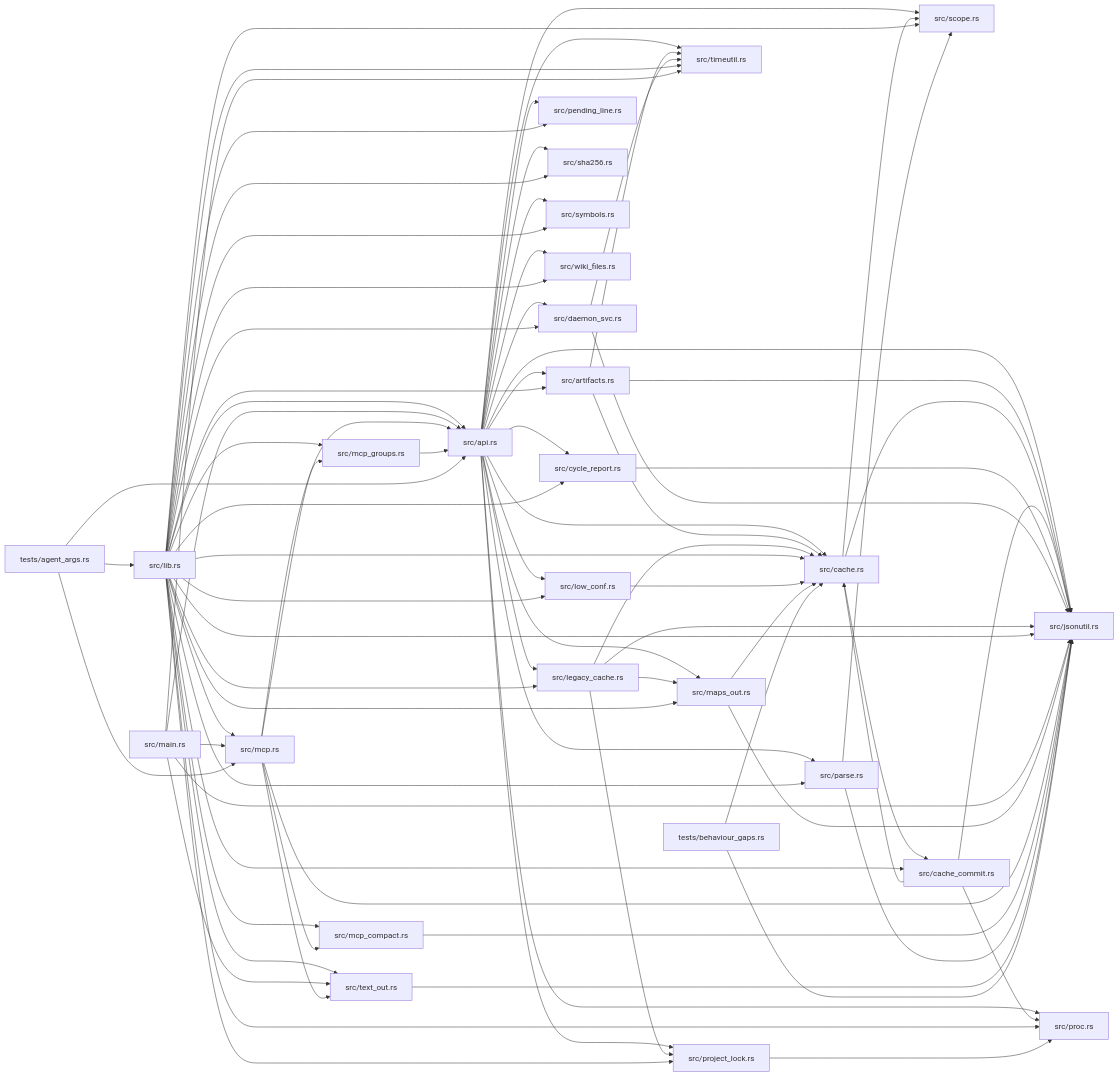
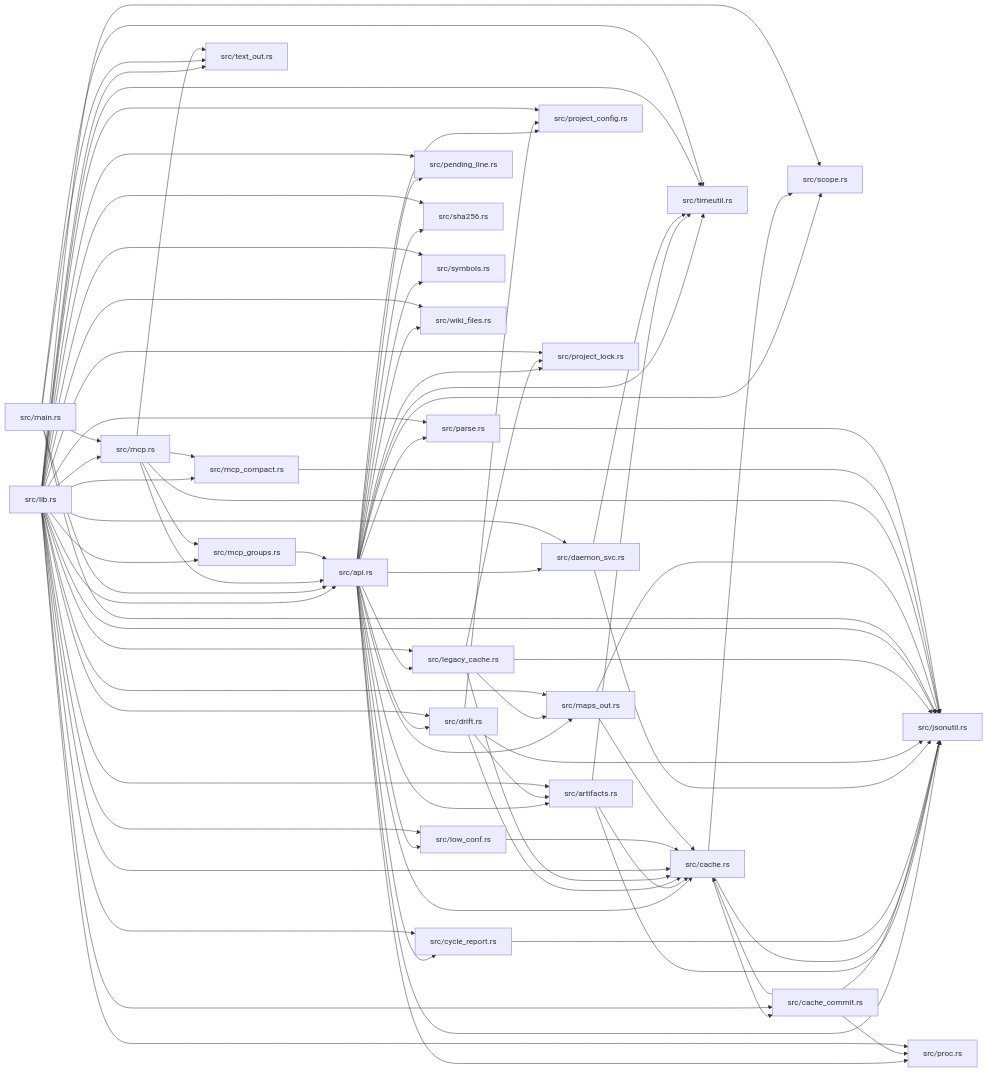
The diagram in library.md (IronAdamant/wikifier), drawn with Mermaid before and after one commit. The commit also changed other lines of this file and 27 other files, not shown here.

````diff
--- a/library.md
+++ b/library.md
@@ -57,80 +60,80 @@
   n0["src/api.rs"] --> n2["src/cache.rs"]
   n0["src/api.rs"] --> n3["src/cycle_report.rs"]
   n0["src/api.rs"] --> n4["src/daemon_svc.rs"]
-  n0["src/api.rs"] --> n5["src/jsonutil.rs"]
-  n0["src/api.rs"] --> n6["src/legacy_cache.rs"]
-  n0["src/api.rs"] --> n7["src/low_conf.rs"]
-  n0["src/api.rs"] --> n8["src/maps_out.rs"]
-  n0["src/api.rs"] --> n9["src/parse.rs"]
-  n0["src/api.rs"] --> n10["src/pending_line.rs"]
-  n0["src/api.rs"] --> n11["src/proc.rs"]
-  n0["src/api.rs"] --> n12["src/project_lock.rs"]
-  n0["src/api.rs"] --> n13["src/scope.rs"]
-  n0["src/api.rs"] --> n14["src/sha256.rs"]
-  n0["src/api.rs"] --> n15["src/symbols.rs"]
-  n0["src/api.rs"] --> n16["src/timeutil.rs"]
-  n0["src/api.rs"] --> n17["src/wiki_files.rs"]
+  n0["src/api.rs"] --> n5["src/drift.rs"]
+  n0["src/api.rs"] --> n6["src/jsonutil.rs"]
+  n0["src/api.rs"] --> n7["src/legacy_cache.rs"]
+  n0["src/api.rs"] --> n8["src/low_conf.rs"]
+  n0["src/api.rs"] --> n9["src/maps_out.rs"]
+  n0["src/api.rs"] --> n10["src/parse.rs"]
+  n0["src/api.rs"] --> n11["src/pending_line.rs"]
+  n0["src/api.rs"] --> n12["src/proc.rs"]
+  n0["src/api.rs"] --> n13["src/project_config.rs"]
+  n0["src/api.rs"] --> n14["src/project_lock.rs"]
+  n0["src/api.rs"] --> n15["src/scope.rs"]
+  n0["src/api.rs"] --> n16["src/sha256.rs"]
+  n0["src/api.rs"] --> n17["src/symbols.rs"]
+  n0["src/api.rs"] --> n18["src/timeutil.rs"]
+  n0["src/api.rs"] --> n19["src/wiki_files.rs"]
   n1["src/artifacts.rs"] --> n2["src/cache.rs"]
-  n1["src/artifacts.rs"] --> n5["src/jsonutil.rs"]
-  n1["src/artifacts.rs"] --> n16["src/timeutil.rs"]
-  n2["src/cache.rs"] --> n18["src/cache_commit.rs"]
-  n2["src/cache.rs"] --> n5["src/jsonutil.rs"]
-  n2["src/cache.rs"] --> n13["src/scope.rs"]
-  n18["src/cache_commit.rs"] --> n2["src/cache.rs"]
-  n18["src/cache_commit.rs"] --> n5["src/jsonutil.rs"]
-  n18["src/cache_commit.rs"] --> n11["src/proc.rs"]
-  n3["src/cycle_report.rs"] --> n5["src/jsonutil.rs"]
-  n4["src/daemon_svc.rs"] --> n5["src/jsonutil.rs"]
-  n4["src/daemon_svc.rs"] --> n16["src/timeutil.rs"]
-  n6["src/legacy_cache.rs"] --> n2["src/cache.rs"]
-  n6["src/legacy_cache.rs"] --> n5["src/jsonutil.rs"]
-  n6["src/legacy_cache.rs"] --> n8["src/maps_out.rs"]
-  n6["src/legacy_cache.rs"] --> n12["src/project_lock.rs"]
-  n19["src/lib.rs"] --> n0["src/api.rs"]
-  n19["src/lib.rs"] --> n1["src/artifacts.rs"]
-  n19["src/lib.rs"] --> n2["src/cache.rs"]
-  n19["src/lib.rs"] --> n18["src/cache_commit.rs"]
-  n19["src/lib.rs"] --> n3["src/cycle_report.rs"]
-  n19["src/lib.rs"] --> n4["src/daemon_svc.rs"]
-  n19["src/lib.rs"] --> n5["src/jsonutil.rs"]
-  n19["src/lib.rs"] --> n6["src/legacy_cache.rs"]
-  n19["src/lib.rs"] --> n7["src/low_conf.rs"]
-  n19["src/lib.rs"] --> n8["src/maps_out.rs"]
-  n19["src/lib.rs"] --> n20["src/mcp.rs"]
-  n19["src/lib.rs"] --> n21["src/mcp_compact.rs"]
-  n19["src/lib.rs"] --> n22["src/mcp_groups.rs"]
-  n19["src/lib.rs"] --> n9["src/parse.rs"]
-  n19["src/lib.rs"] --> n10["src/pending_line.rs"]
-  n19["src/lib.rs"] --> n11["src/proc.rs"]
-  n19["src/lib.rs"] --> n12["src/project_lock.rs"]
-  n19["src/lib.rs"] --> n13["src/scope.rs"]
-  n19["src/lib.rs"] --> n14["src/sha256.rs"]
-  n19["src/lib.rs"] --> n15["src/symbols.rs"]
-  n19["src/lib.rs"] --> n23["src/text_out.rs"]
-  n19["src/lib.rs"] --> n16["src/timeutil.rs"]
-  n19["src/lib.rs"] --> n17["src/wiki_files.rs"]
-  n7["src/low_conf.rs"] --> n2["src/cache.rs"]
-  n24["src/main.rs"] --> n0["src/api.rs"]
-  n24["src/main.rs"] --> n5["src/jsonutil.rs"]
-  n24["src/main.rs"] --> n20["src/mcp.rs"]
-  n24["src/main.rs"] --> n23["src/text_out.rs"]
-  n24["src/main.rs"] --> n16["src/timeutil.rs"]
-  n8["src/maps_out.rs"] --> n2["src/cache.rs"]
-  n8["src/maps_out.rs"] --> n5["src/jsonutil.rs"]
-  n20["src/mcp.rs"] --> n0["src/api.rs"]
-  n20["src/mcp.rs"] --> n5["src/jsonutil.rs"]
-  n20["src/mcp.rs"] --> n21["src/mcp_compact.rs"]
-  n20["src/mcp.rs"] --> n22["src/mcp_groups.rs"]
-  n20["src/mcp.rs"] --> n23["src/text_out.rs"]
-  n21["src/mcp_compact.rs"] --> n5["src/jsonutil.rs"]
-  n22["src/mcp_groups.rs"] --> n0["src/api.rs"]
-  n9["src/parse.rs"] --> n5["src/jsonutil.rs"]
-  n9["src/parse.rs"] --> n13["src/scope.rs"]
-  n12["src/project_lock.rs"] --> n11["src/proc.rs"]
-  n23["src/text_out.rs"] --> n5["src/jsonutil.rs"]
-  n25["tests/agent_args.rs"] --> n0["src/api.rs"]
-  n25["tests/agent_args.rs"] --> n19["src/lib.rs"]
-  n25["tests/agent_args.rs"] --> n20["src/mcp.rs"]
-  n26["tests/behaviour_gaps.rs"] --> n2["src/cache.rs"]
-  n26["tests/behaviour_gaps.rs"] --> n5["src/jsonutil.rs"]
+  n1["src/artifacts.rs"] --> n6["src/jsonutil.rs"]
+  n1["src/artifacts.rs"] --> n18["src/timeutil.rs"]
+  n2["src/cache.rs"] --> n20["src/cache_commit.rs"]
+  n2["src/cache.rs"] --> n6["src/jsonutil.rs"]
+  n2["src/cache.rs"] --> n15["src/scope.rs"]
+  n20["src/cache_commit.rs"] --> n2["src/cache.rs"]
+  n20["src/cache_commit.rs"] --> n6["src/jsonutil.rs"]
+  n20["src/cache_commit.rs"] --> n12["src/proc.rs"]
+  n3["src/cycle_report.rs"] --> n6["src/jsonutil.rs"]
+  n4["src/daemon_svc.rs"] --> n6["src/jsonutil.rs"]
+  n4["src/daemon_svc.rs"] --> n18["src/timeutil.rs"]
+  n5["src/drift.rs"] --> n1["src/artifacts.rs"]
+  n5["src/drift.rs"] --> n2["src/cache.rs"]
+  n5["src/drift.rs"] --> n6["src/jsonutil.rs"]
+  n5["src/drift.rs"] --> n13["src/project_config.rs"]
+  n7["src/legacy_cache.rs"] --> n2["src/cache.rs"]
+  n7["src/legacy_cache.rs"] --> n6["src/jsonutil.rs"]
+  n7["src/legacy_cache.rs"] --> n9["src/maps_out.rs"]
+  n7["src/legacy_cache.rs"] --> n14["src/project_lock.rs"]
+  n21["src/lib.rs"] --> n0["src/api.rs"]
+  n21["src/lib.rs"] --> n1["src/artifacts.rs"]
+  n21["src/lib.rs"] --> n2["src/cache.rs"]
+  n21["src/lib.rs"] --> n20["src/cache_commit.rs"]
+  n21["src/lib.rs"] --> n3["src/cycle_report.rs"]
+  n21["src/lib.rs"] --> n4["src/daemon_svc.rs"]
+  n21["src/lib.rs"] --> n5["src/drift.rs"]
+  n21["src/lib.rs"] --> n6["src/jsonutil.rs"]
+  n21["src/lib.rs"] --> n7["src/legacy_cache.rs"]
+  n21["src/lib.rs"] --> n8["src/low_conf.rs"]
+  n21["src/lib.rs"] --> n9["src/maps_out.rs"]
+  n21["src/lib.rs"] --> n22["src/mcp.rs"]
+  n21["src/lib.rs"] --> n23["src/mcp_compact.rs"]
+  n21["src/lib.rs"] --> n24["src/mcp_groups.rs"]
+  n21["src/lib.rs"] --> n10["src/parse.rs"]
+  n21["src/lib.rs"] --> n11["src/pending_line.rs"]
+  n21["src/lib.rs"] --> n12["src/proc.rs"]
+  n21["src/lib.rs"] --> n13["src/project_config.rs"]
+  n21["src/lib.rs"] --> n14["src/project_lock.rs"]
+  n21["src/lib.rs"] --> n15["src/scope.rs"]
+  n21["src/lib.rs"] --> n16["src/sha256.rs"]
+  n21["src/lib.rs"] --> n17["src/symbols.rs"]
+  n21["src/lib.rs"] --> n25["src/text_out.rs"]
+  n21["src/lib.rs"] --> n18["src/timeutil.rs"]
+  n21["src/lib.rs"] --> n19["src/wiki_files.rs"]
+  n8["src/low_conf.rs"] --> n2["src/cache.rs"]
+  n26["src/main.rs"] --> n0["src/api.rs"]
+  n26["src/main.rs"] --> n6["src/jsonutil.rs"]
+  n26["src/main.rs"] --> n22["src/mcp.rs"]
+  n26["src/main.rs"] --> n25["src/text_out.rs"]
+  n26["src/main.rs"] --> n18["src/timeutil.rs"]
+  n9["src/maps_out.rs"] --> n2["src/cache.rs"]
+  n9["src/maps_out.rs"] --> n6["src/jsonutil.rs"]
+  n22["src/mcp.rs"] --> n0["src/api.rs"]
+  n22["src/mcp.rs"] --> n6["src/jsonutil.rs"]
+  n22["src/mcp.rs"] --> n23["src/mcp_compact.rs"]
+  n22["src/mcp.rs"] --> n24["src/mcp_groups.rs"]
+  n22["src/mcp.rs"] --> n25["src/text_out.rs"]
+  n23["src/mcp_compact.rs"] --> n6["src/jsonutil.rs"]
+  n24["src/mcp_groups.rs"] --> n0["src/api.rs"]
+  n10["src/parse.rs"] --> n6["src/jsonutil.rs"]
 ```
````
